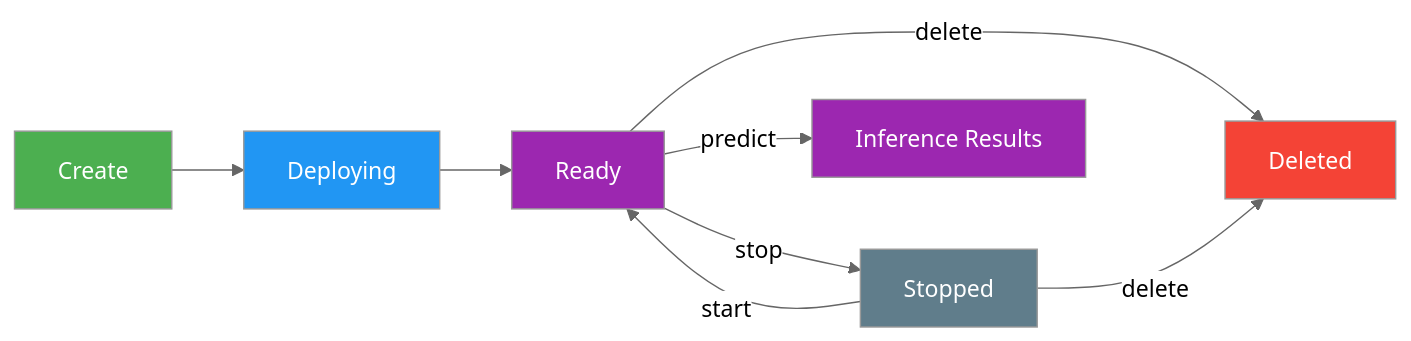
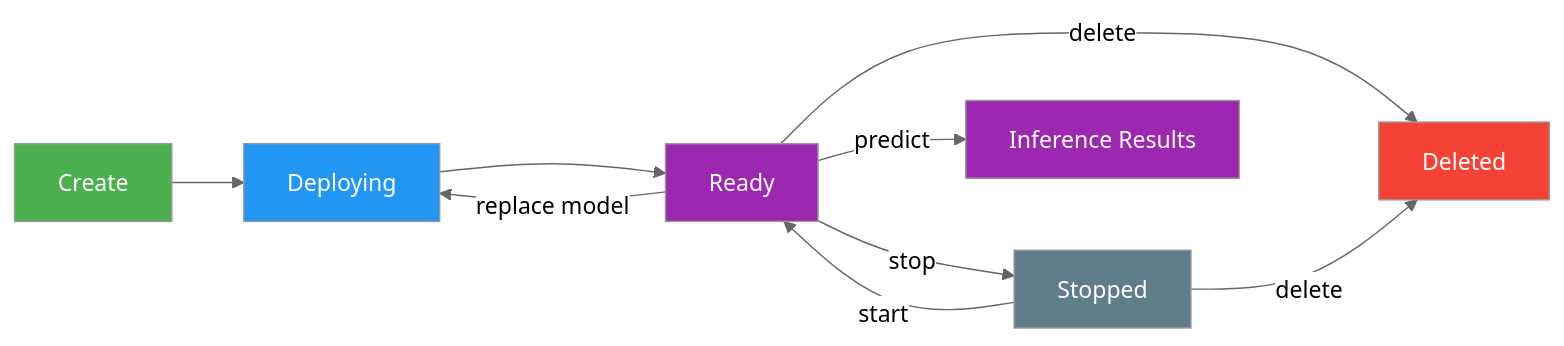
The fourth of 4 diagrams in docs/en/platform/api/index.md (Rehman-AD/cv-yolov8-core), drawn with Mermaid (neutral theme) before and after one commit. The commit also changed other lines of this file and 1 other file, not shown here.

Commit message:
Document deployment model replacement (#25745)

````diff
--- a/docs/en/platform/api/index.md
+++ b/docs/en/platform/api/index.md
@@ -1285,16 +1285,17 @@
 ```mermaid
 graph LR
     A[Create]:::start --> B[Deploying]:::proc
     B --> C[Ready]:::out
     C -->|stop| D[Stopped]:::extern
+    C -->|replace model| B
     D -->|start| C
     C -->|delete| E[Deleted]:::error
     D -->|delete| E
     C -->|predict| F[Inference Results]:::out
 
     classDef start fill:#4CAF50,color:#fff
     classDef proc fill:#2196F3,color:#fff
     classDef out fill:#9C27B0,color:#fff
     classDef error fill:#F44336,color:#fff
     classDef extern fill:#607D8B,color:#fff
 ```
````
